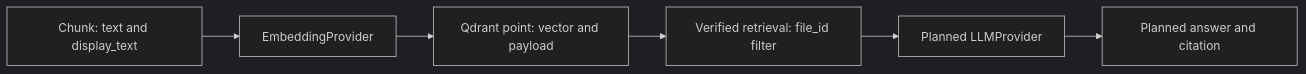
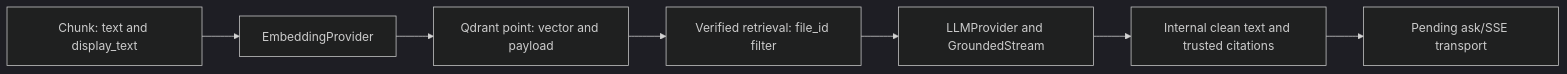
Before and after one commit to RyxnDmello/atlas: the diagram in .agents/skills/rag/SKILL.md, drawn with Mermaid (dark theme). The commit also changed other lines of this file and 33 other files, not shown here.

````diff
--- a/.agents/skills/rag/SKILL.md
+++ b/.agents/skills/rag/SKILL.md
@@ -104,8 +111,9 @@
 ```mermaid
 flowchart LR
     Chunk["Chunk: text and display_text"] --> Embed["EmbeddingProvider"]
     Embed --> Point["Qdrant point: vector and payload"]
     Point --> Retrieve["Verified retrieval: file_id filter"]
-    Retrieve --> Generate["Planned LLMProvider"]
-    Generate --> Answer["Planned answer and citation"]
+    Retrieve --> Generate["LLMProvider and GroundedStream"]
+    Generate --> Answer["Internal clean text and trusted citations"]
+    Answer --> Transport["Pending ask/SSE transport"]
 ```
````
